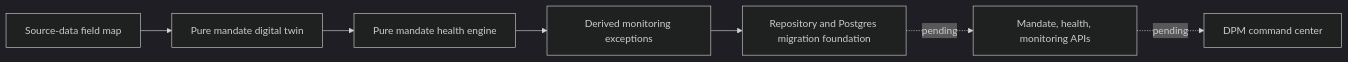
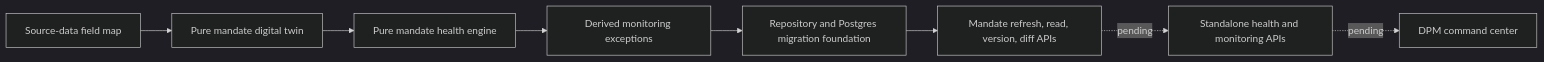
The second of 2 diagrams in wiki/Roadmap.md (sgajbi/lotus-manage), drawn with Mermaid (dark theme) before and after one commit. The commit also changed other lines of this file and 14 other files, not shown here.

````diff
--- a/wiki/Roadmap.md
+++ b/wiki/Roadmap.md
@@ -84,9 +85,10 @@
 ```mermaid
 flowchart LR
     FieldMap[Source-data field map] --> Twin[Pure mandate digital twin]
     Twin --> Health[Pure mandate health engine]
     Health --> Exceptions[Derived monitoring exceptions]
     Exceptions --> Persistence[Repository and Postgres migration foundation]
-    Persistence -. pending .-> APIs[Mandate, health, monitoring APIs]
-    APIs -. pending .-> Command[DPM command center]
+    Persistence --> APIs[Mandate refresh, read, version, diff APIs]
+    APIs -. pending .-> HealthApis[Standalone health and monitoring APIs]
+    HealthApis -. pending .-> Command[DPM command center]
 ```
````
